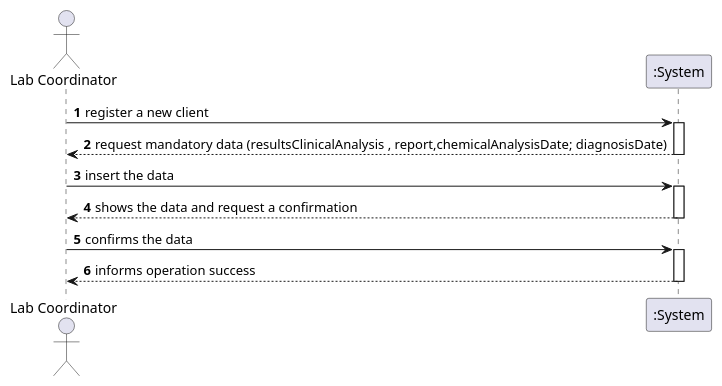
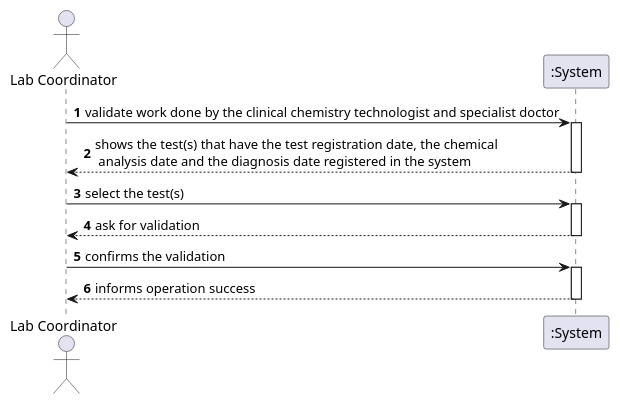
One commit to GuilhermeCunha79/lapr2 changed the diagram in docs/SprintC/US15/UC15_SSD.puml. Above: the diagram before and after it, drawn with PlantUML. The commit also changed 6 other files, not shown here.

Commit message:
Diagrams US-15 [US-15] [Design]

```diff
--- a/docs/SprintC/US15/UC15_SSD.puml
+++ b/docs/SprintC/US15/UC15_SSD.puml
@@ -1,25 +1,25 @@
 @startuml
 'https://plantuml.com/sequence-diagram
 
 autonumber
 
 actor "Lab Coordinator" as LABC
 
 participant ":System" as SYSTEM
 
-LABC -> SYSTEM : register a new client
+LABC -> SYSTEM : validate work done by the clinical chemistry technologist and specialist doctor
 activate SYSTEM
-SYSTEM --> LABC : request mandatory data (resultsClinicalAnalysis , report,chemicalAnalysisDate; diagnosisDate)
+SYSTEM --> LABC : shows the test(s) that have the test registration date, the chemical\n analysis date and the diagnosis date registered in the system
 deactivate SYSTEM
 
-LABC -> SYSTEM : insert the data
+LABC -> SYSTEM : select the test(s)
 activate SYSTEM
-SYSTEM --> LABC : shows the data and request a confirmation
+SYSTEM --> LABC : ask for validation
 deactivate SYSTEM
 
-LABC -> SYSTEM : confirms the data
+LABC -> SYSTEM : confirms the validation
 activate SYSTEM
 SYSTEM --> LABC : informs operation success
 deactivate SYSTEM
 
 @enduml
```
